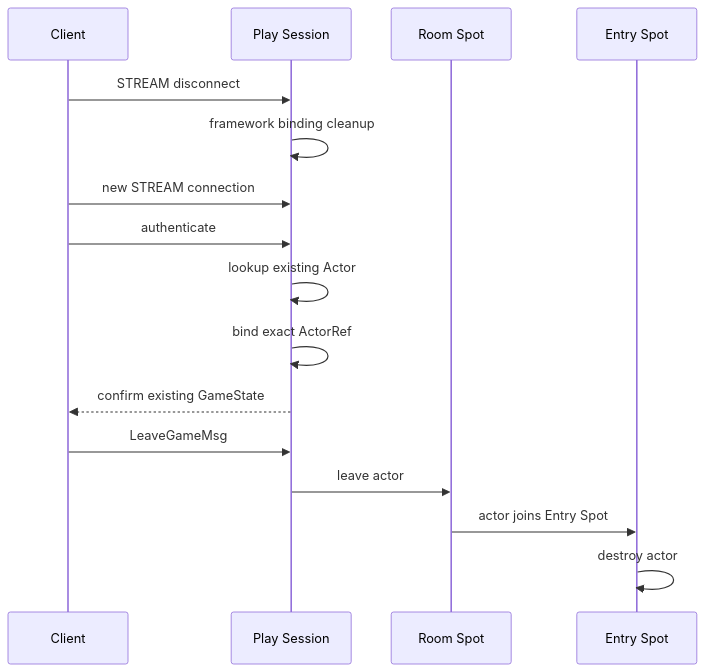
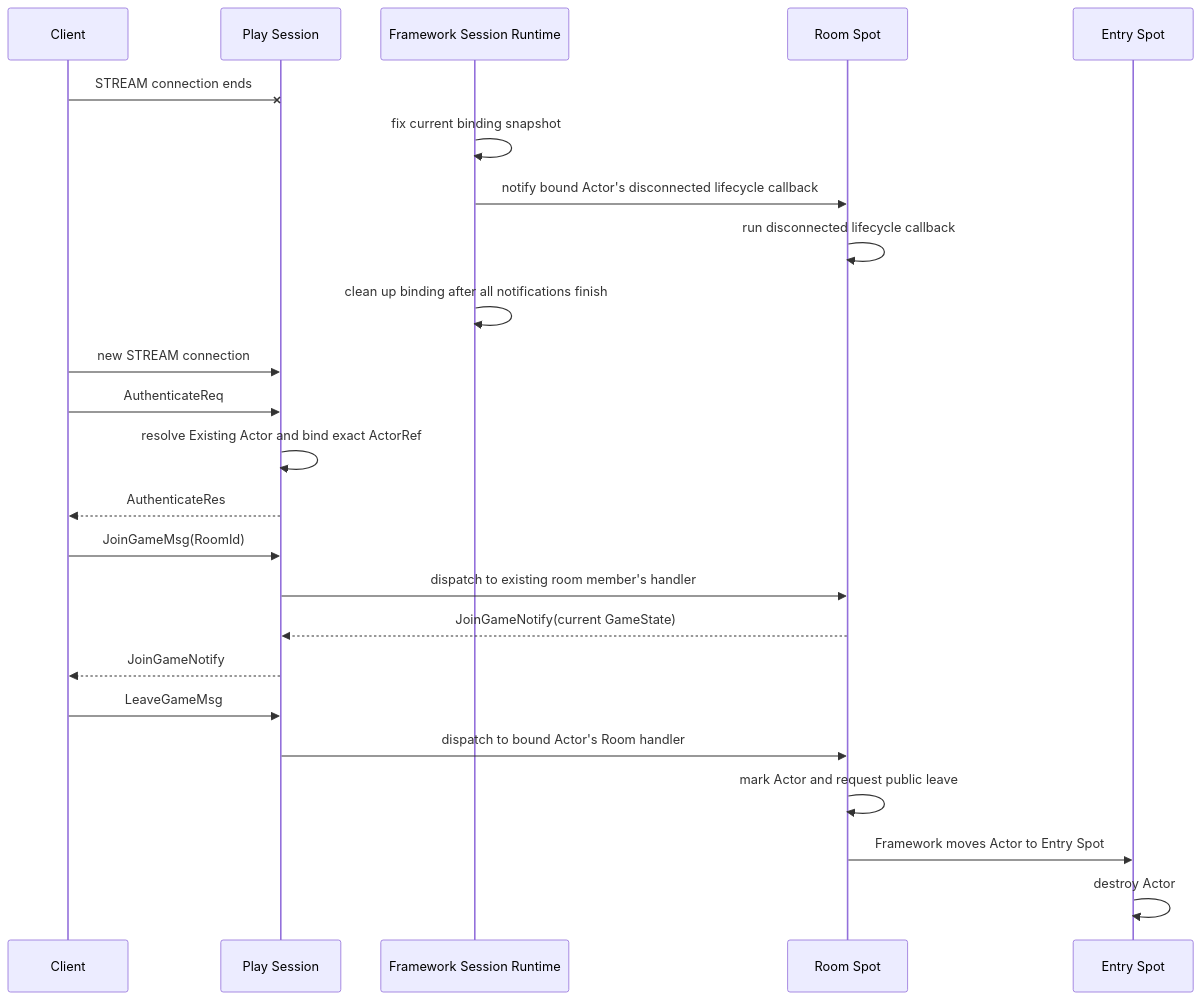
Before and after one commit to zlink-systems/zlink: the fifth of 5 diagrams in framework/doc/framework/common/sample/tictactoe/README.en.md, drawn with Mermaid. The commit also changed other lines of this file and 1642 other files, not shown here.

Commit message:
Implement framework runtime convergence and relocation contracts

````diff
--- a/framework/doc/framework/common/sample/tictactoe/README.en.md
+++ b/framework/doc/framework/common/sample/tictactoe/README.en.md
@@ -445,19 +513,27 @@
 ```mermaid
 sequenceDiagram
     participant C as Client
     participant P as Play Session
+    participant F as Framework Session Runtime
     participant R as Room Spot
     participant E as Entry Spot
 
-    C->>P: STREAM disconnect
-    P->>P: framework binding cleanup
+    C-xP: STREAM connection ends
+    F->>F: fix current binding snapshot
+    F->>R: notify bound Actor's disconnected lifecycle callback
+    R->>R: run disconnected lifecycle callback
+    F->>F: clean up binding after all notifications finish
     C->>P: new STREAM connection
-    C->>P: authenticate
-    P->>P: lookup existing Actor
-    P->>P: bind exact ActorRef
-    P-->>C: confirm existing GameState
+    C->>P: AuthenticateReq
+    P->>P: resolve Existing Actor and bind exact ActorRef
+    P-->>C: AuthenticateRes
+    C->>P: JoinGameMsg(RoomId)
+    P->>R: dispatch to existing room member's handler
+    R-->>P: JoinGameNotify(current GameState)
+    P-->>C: JoinGameNotify
     C->>P: LeaveGameMsg
-    P->>R: leave actor
-    R->>E: actor joins Entry Spot
-    E->>E: destroy actor
+    P->>R: dispatch to bound Actor's Room handler
+    R->>R: mark Actor and request public leave
+    R->>E: Framework moves Actor to Entry Spot
+    E->>E: destroy Actor
 ```
````
